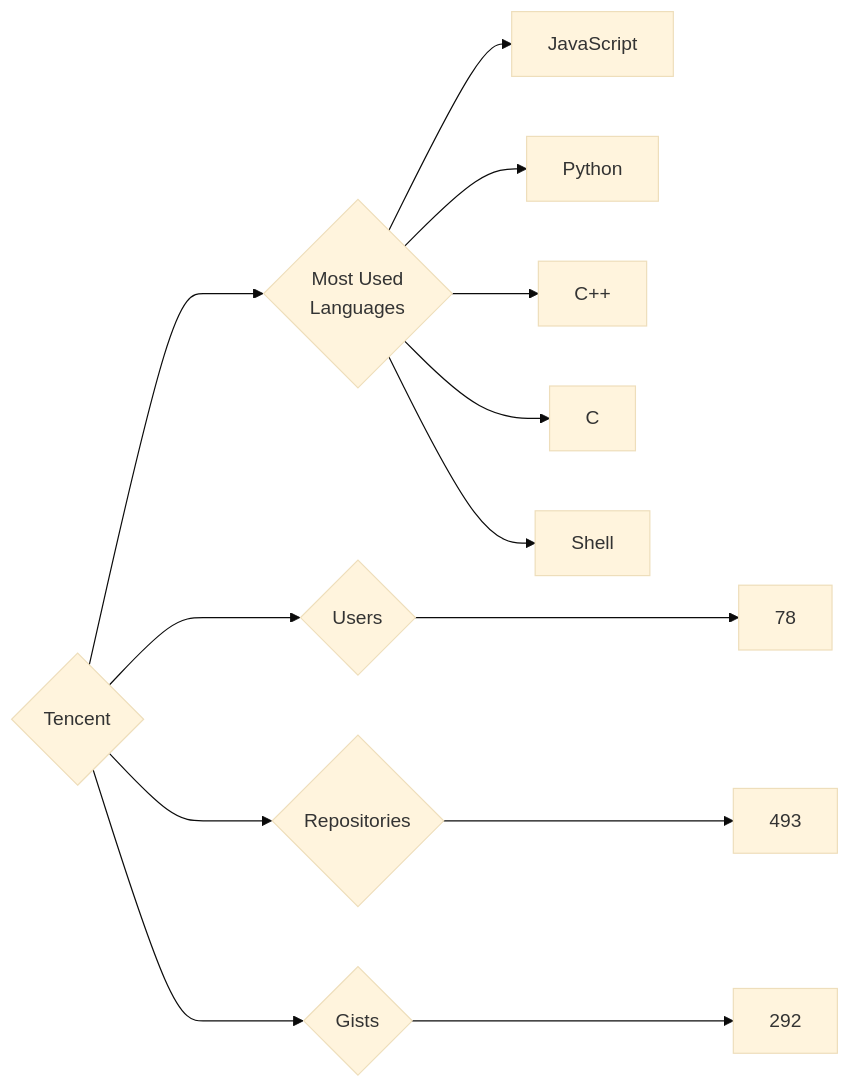
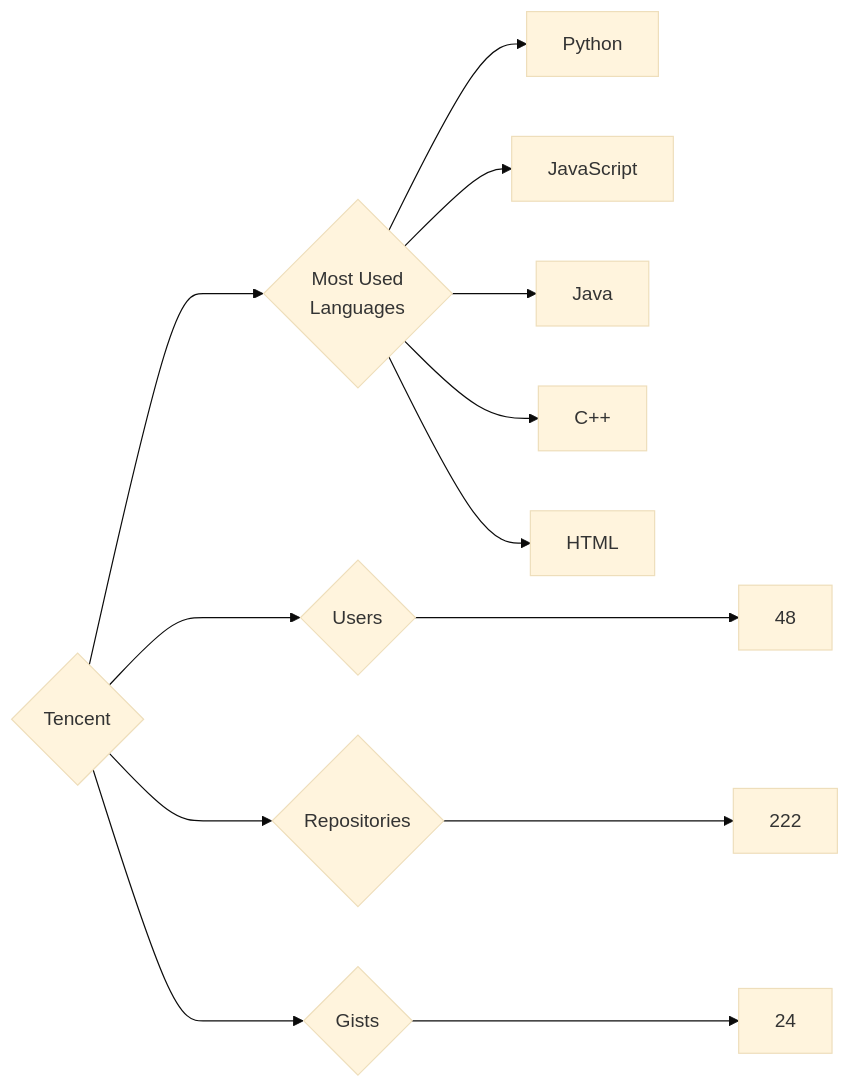
Before and after one commit to trickest/insiders: the diagram in targets/Tencent/README.md, drawn with Mermaid (base theme). The commit also changed 695 other files, not shown here.

````diff
--- a/targets/Tencent/README.md
+++ b/targets/Tencent/README.md
@@ -3,13 +3,13 @@
 ```mermaid
 graph LR
 COMPANY_NAME{Tencent}
-COMPANY_NAME ---> U{Users} ---> UN[78]
-COMPANY_NAME ---> R{Repositories} ---> RN[493]
-COMPANY_NAME ---> G{Gists} ---> GN[292]
+COMPANY_NAME ---> U{Users} ---> UN[48]
+COMPANY_NAME ---> R{Repositories} ---> RN[222]
+COMPANY_NAME ---> G{Gists} ---> GN[24]
 COMPANY_NAME ---> ML{Most Used<br>Languages}
+ML --> Python[Python]
 ML --> JavaScript[JavaScript]
-ML --> Python[Python]
+ML --> Java[Java]
 ML --> C++[C++]
-ML --> C[C]
-ML --> Shell[Shell]
+ML --> HTML[HTML]
 ```
````
